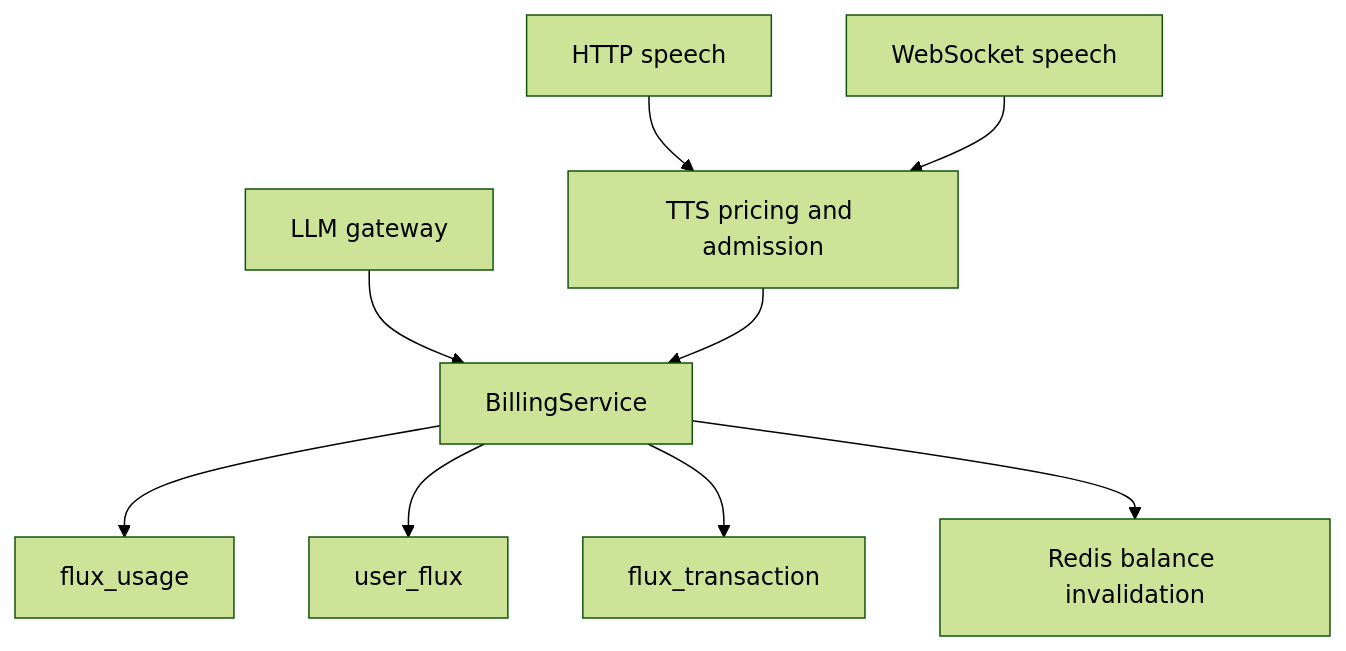
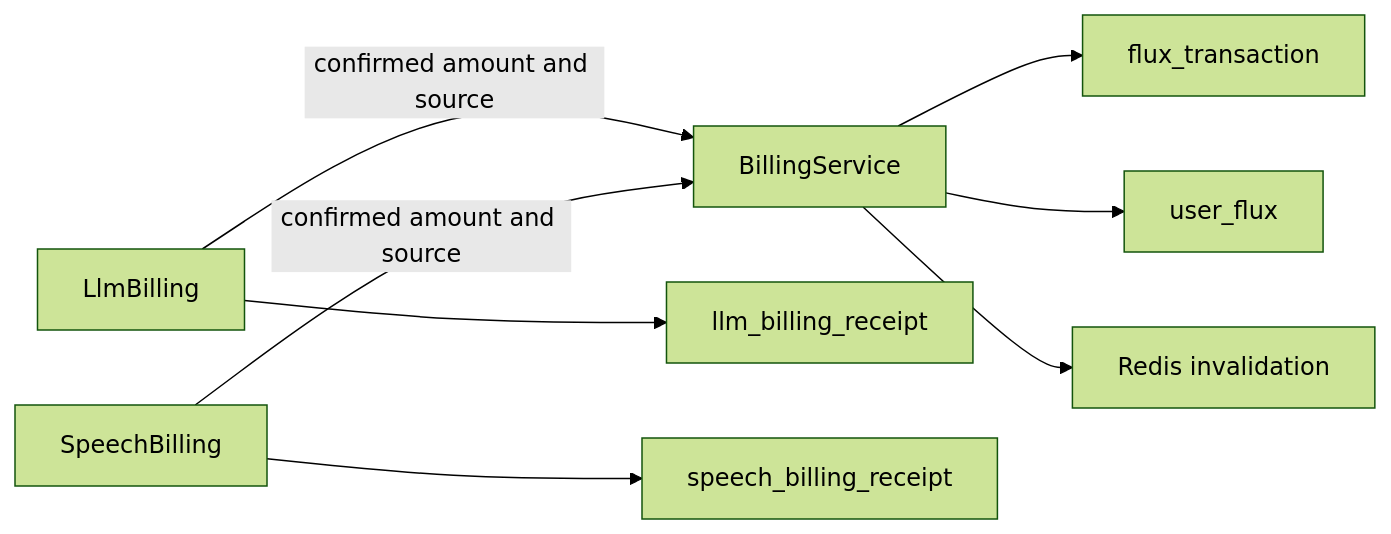
Before and after one commit to moeru-ai/airi: the first of 2 diagrams in server/docs/ai/adr/2026-10-04-flux-usage.md, drawn with Mermaid (forest theme). The commit also changed other lines of this file and 34 other files, not shown here.

Commit message:
refactor(api): separate Flux posting from service receipts

````diff
--- a/server/docs/ai/adr/2026-10-04-flux-usage.md
+++ b/server/docs/ai/adr/2026-10-04-flux-usage.md
@@ -39,11 +35,10 @@
 ```mermaid
-flowchart TD
-  LLM[LLM gateway] --> Billing[BillingService]
-  HTTP[HTTP speech] --> Speech[TTS pricing and admission]
-  WS[WebSocket speech] --> Speech
-  Speech --> Billing
-  Billing --> Usage[flux_usage]
+flowchart LR
+  LLM[LlmBilling] -->|confirmed amount and source| Billing[BillingService]
+  Speech[SpeechBilling] -->|confirmed amount and source| Billing
+  LLM --> LlmReceipt[llm_billing_receipt]
+  Speech --> SpeechReceipt[speech_billing_receipt]
+  Billing --> Ledger[flux_transaction]
   Billing --> Wallet[user_flux]
-  Billing --> Ledger[flux_transaction]
-  Billing --> Cache[Redis balance invalidation]
+  Billing --> Cache[Redis invalidation]
 ```
````
